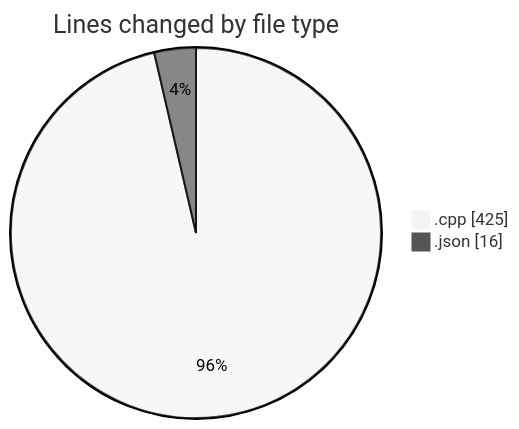
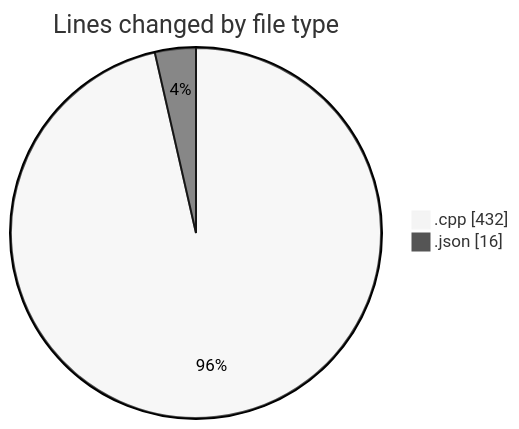
One commit to Netris89/code-tracking changed the first of 2 diagrams in 2025-04-26/echo/README.md. Above: the diagram before and after it, drawn with Mermaid (neutral theme). The commit also changed other lines of this file and 1 other file, not shown here.

````diff
--- a/2025-04-26/echo/README.md
+++ b/2025-04-26/echo/README.md
@@ -22,6 +22,6 @@
 ```mermaid
 pie showData
 title Lines changed by file type
-".cpp" : 425
+".cpp" : 432
 ".json" : 16
 ```
````
